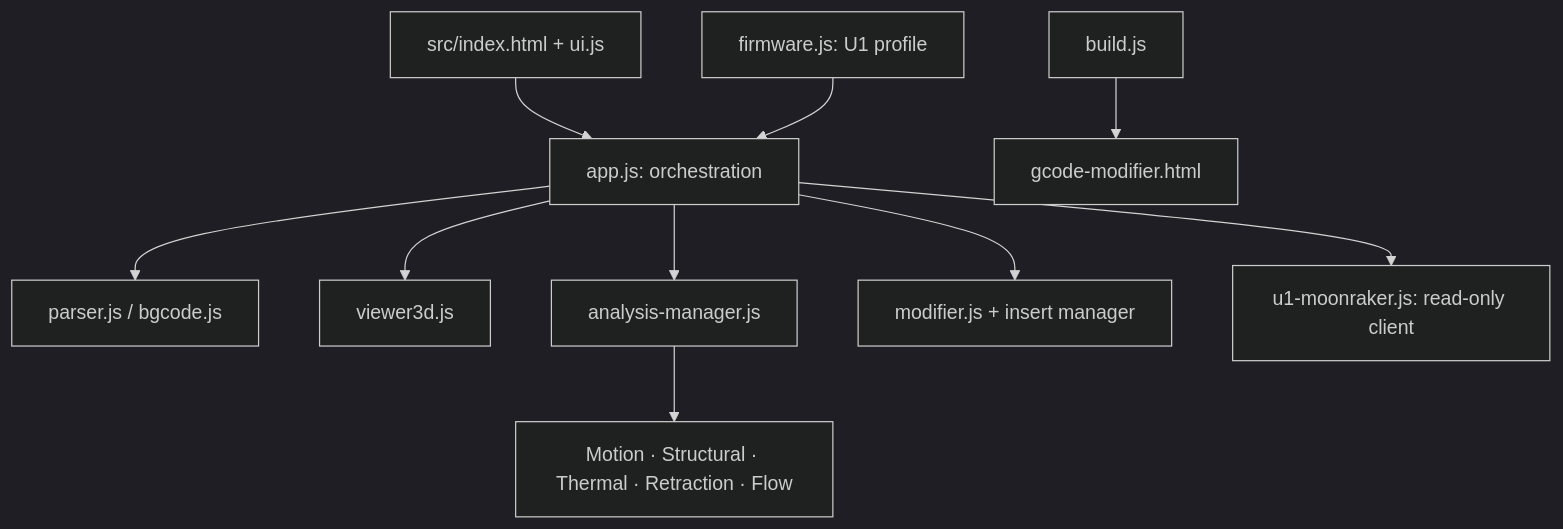
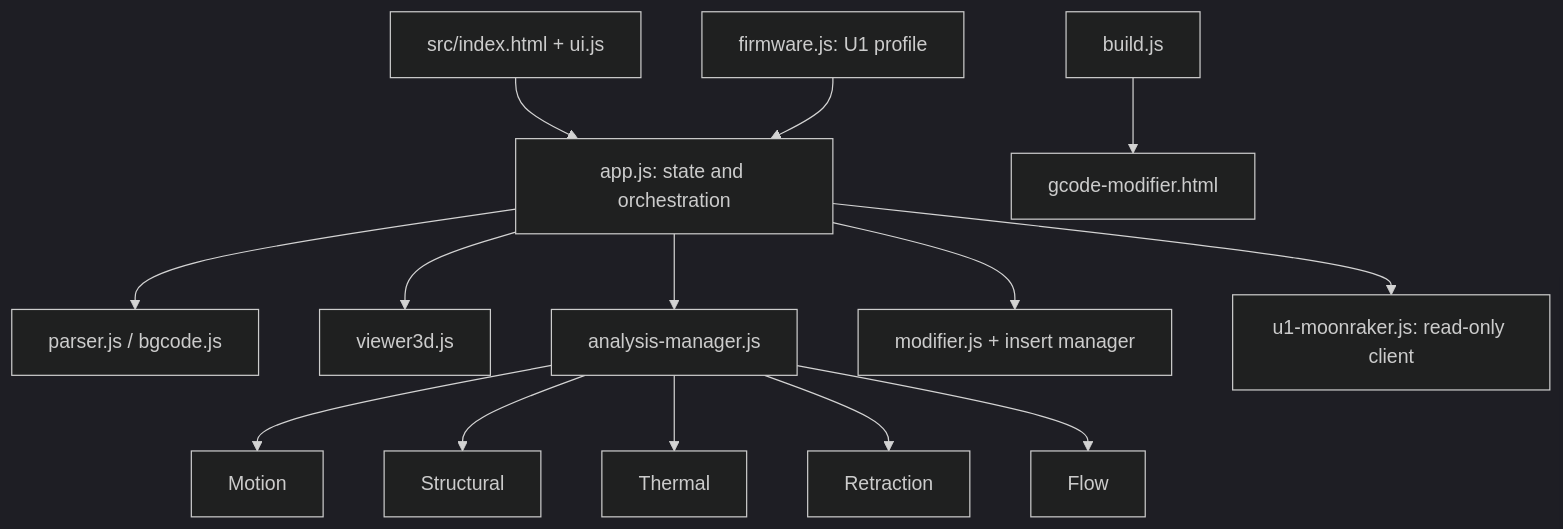
Before and after one commit to shobhit1kapoor/proofprint-u1: the second of 2 diagrams in README.md, drawn with Mermaid (dark theme). The commit also changed other lines of this file and 1 other file, not shown here.

````diff
--- a/README.md
+++ b/README.md
@@ -59,12 +73,16 @@
 ```mermaid
 flowchart TD
-  UI[src/index.html + ui.js] --> APP[app.js: orchestration]
+  UI[src/index.html + ui.js] --> APP[app.js: state and orchestration]
   APP --> PARSER[parser.js / bgcode.js]
   APP --> VIEWER[viewer3d.js]
   APP --> ANALYSIS[analysis-manager.js]
-  ANALYSIS --> RISK[Motion · Structural · Thermal · Retraction · Flow]
+  ANALYSIS --> MOTION[Motion]
+  ANALYSIS --> STRUCTURE[Structural]
+  ANALYSIS --> THERMAL[Thermal]
+  ANALYSIS --> RETRACTION[Retraction]
+  ANALYSIS --> FLOW[Flow]
   APP --> MODIFY[modifier.js + insert manager]
   APP --> U1[u1-moonraker.js: read-only client]
   PROFILE[firmware.js: U1 profile] --> APP
   BUILD[build.js] --> PORTABLE[gcode-modifier.html]
 ```
````
